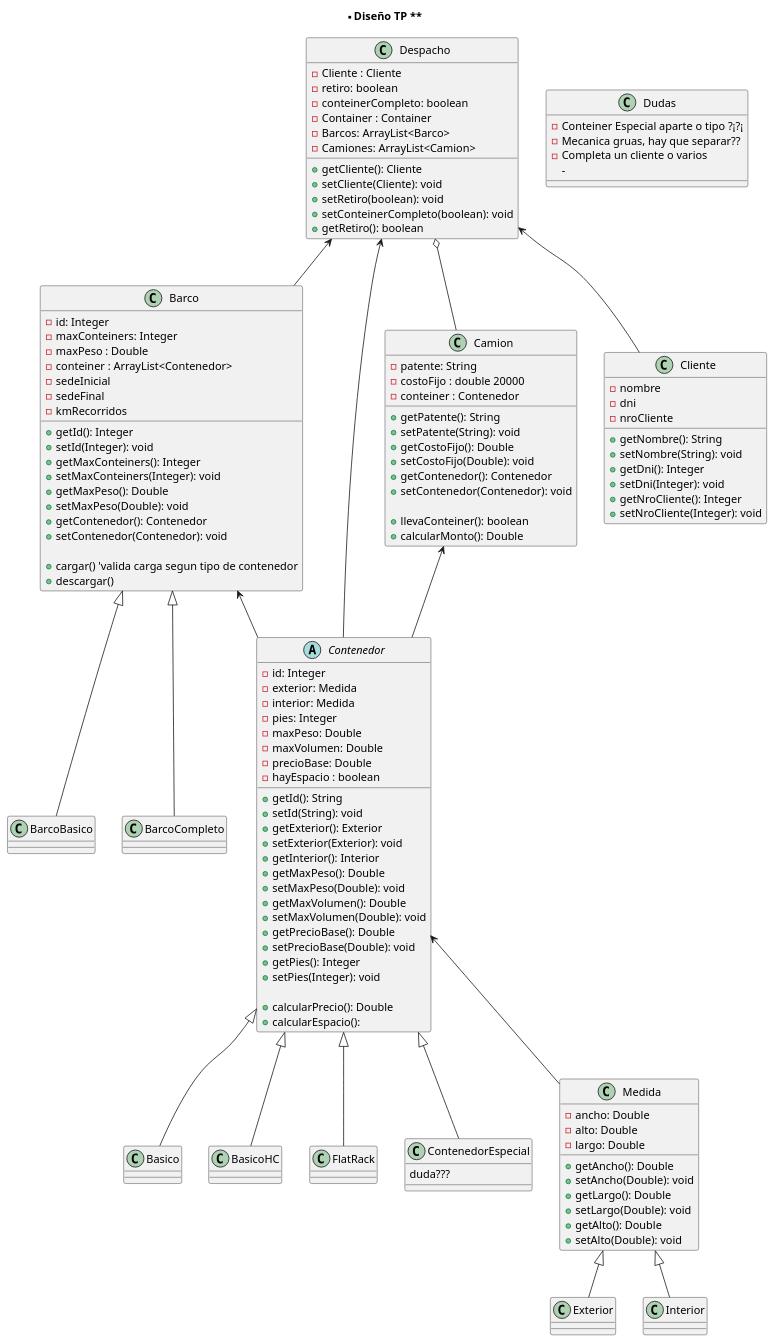
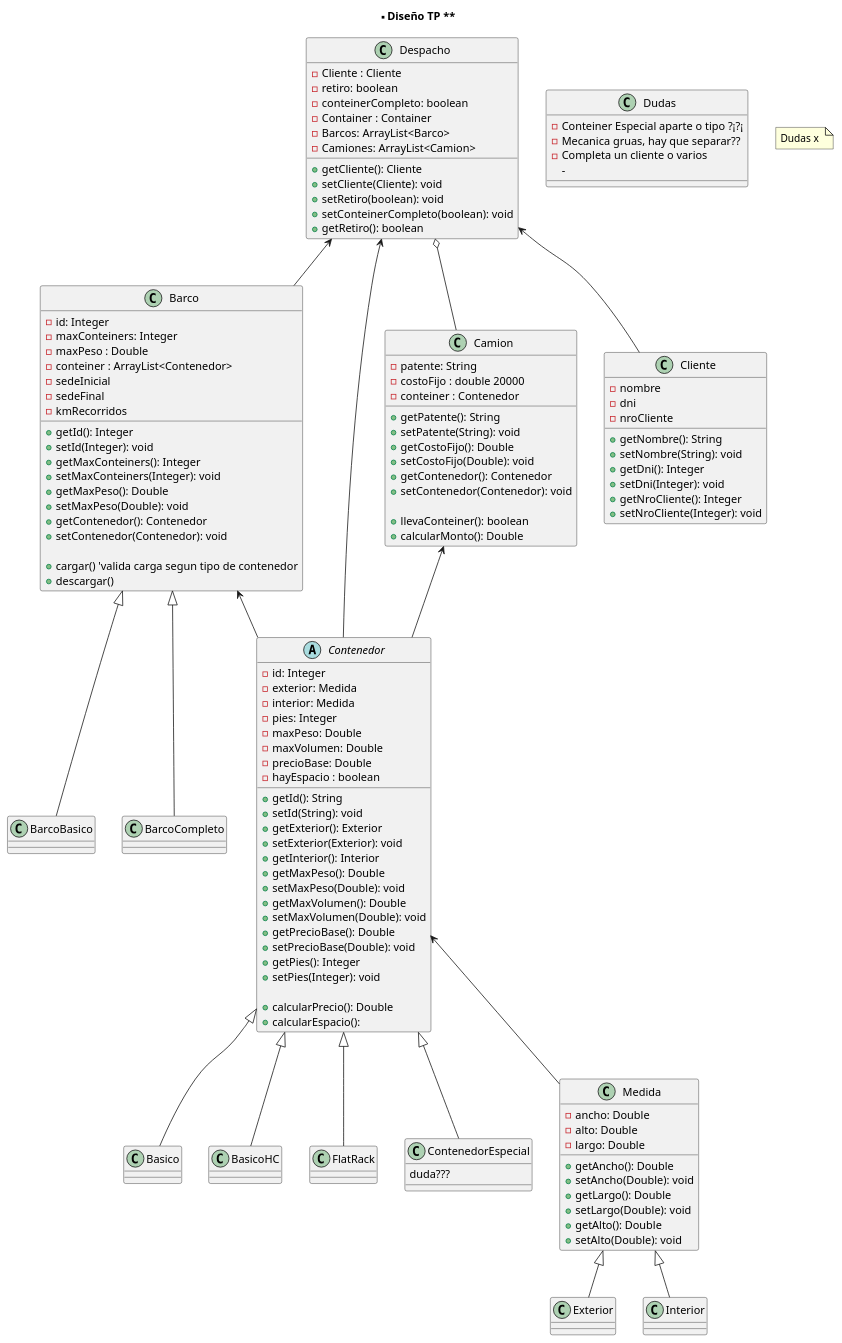
The diagram in Diagrama/TP-Containers.puml (LMontes94/TP-Containers), drawn with PlantUML before and after one commit.

Commit message:
puliendo UML de Clases

```diff
--- a/Diagrama/TP-Containers.puml
+++ b/Diagrama/TP-Containers.puml
@@ -1,163 +1,167 @@
 @startuml
 
 title ** Diseño TP **
 
 class Barco{
    - id: Integer
    - maxConteiners: Integer
    - maxPeso : Double 
    - conteiner : ArrayList<Contenedor>
    - sedeInicial
    - sedeFinal 
    - kmRecorridos 
 
    + getId(): Integer 
    + setId(Integer): void
    + getMaxConteiners(): Integer 
    + setMaxConteiners(Integer): void
    + getMaxPeso(): Double
    + setMaxPeso(Double): void
    + getContenedor(): Contenedor
    + setContenedor(Contenedor): void
    
    + cargar() 'valida carga segun tipo de contenedor
    + descargar()
 }
 
 Barco <|-- BarcoBasico
 Barco <|-- BarcoCompleto
 Barco <-- Contenedor
 
 class BarcoBasico{
 
 }
 
 class BarcoCompleto{
 
 }
 
 class Camion{
    - patente: String 
    - costoFijo : double 20000 
    - conteiner : Contenedor 
 
    + getPatente(): String
    + setPatente(String): void
    + getCostoFijo(): Double 
    + setCostoFijo(Double): void
    + getContenedor(): Contenedor
    + setContenedor(Contenedor): void
 
    + llevaConteiner(): boolean
    + calcularMonto(): Double
 }
 
 Camion <-- Contenedor
 
 abstract Class Contenedor{
    - id: Integer 
    - exterior: Medida 
    - interior: Medida  
    - pies: Integer 
    - maxPeso: Double 
    - maxVolumen: Double 
    - precioBase: Double
    - hayEspacio : boolean 
 
    + getId(): String 
    + setId(String): void
    + getExterior(): Exterior
    + setExterior(Exterior): void
    + getInterior(): Interior
    + getMaxPeso(): Double
    + setMaxPeso(Double): void
    + getMaxVolumen(): Double
    + setMaxVolumen(Double): void 
    + getPrecioBase(): Double
    + setPrecioBase(Double): void
    + getPies(): Integer 
    + setPies(Integer): void 
    
    + calcularPrecio(): Double 
    + calcularEspacio(): 
 }
 
 
 Contenedor <|-- Basico
 Contenedor <|-- BasicoHC
 Contenedor <|-- FlatRack
 Contenedor <|-- ContenedorEspecial
 Contenedor <-- Medida
 Medida <|-- Exterior 
 Medida <|-- Interior
 
 Class Basico{
 
 }
 
 Class BasicoHC{
 
 } 
 
 Class FlatRack{
 
 }
 
 class ContenedorEspecial{
    duda???
 }
 
 Class Medida{
    - ancho: Double 
    - alto: Double 
    - largo: Double 
   
    + getAncho(): Double 
    + setAncho(Double): void
    + getLargo(): Double 
    + setLargo(Double): void 
    + getAlto(): Double 
    + setAlto(Double): void
 }
 
 class Cliente{
    - nombre
    - dni
    - nroCliente 
    
    + getNombre(): String 
    + setNombre(String): void
    + getDni(): Integer 
    + setDni(Integer): void
    + getNroCliente(): Integer 
    + setNroCliente(Integer): void
 
 }
 
 class Despacho{
    - Cliente : Cliente 
    - retiro: boolean 
    - conteinerCompleto: boolean  
    - Container : Container 
    - Barcos: ArrayList<Barco>
    - Camiones: ArrayList<Camion>
 
    + getCliente(): Cliente 
    + setCliente(Cliente): void
    + setRetiro(boolean): void
    + setConteinerCompleto(boolean): void
    + getRetiro(): boolean
 }
 
 Despacho <-- Cliente
 Despacho o-- Camion
 Despacho <-- Barco
 Despacho <-- Contenedor
 
 class Dudas{ 
    - Conteiner Especial aparte o tipo ?¡?¡
    - Mecanica gruas, hay que separar??
    - Completa un cliente o varios
    -
 }
+
+note as n1 
+ Dudas x 
+end note
 @enduml
```
